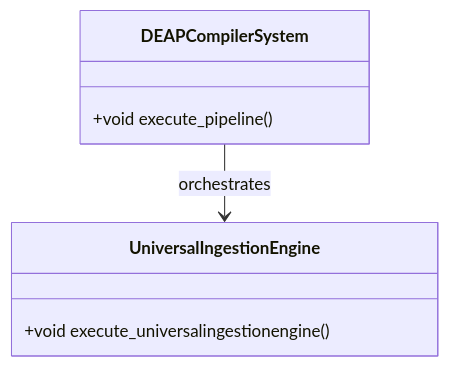
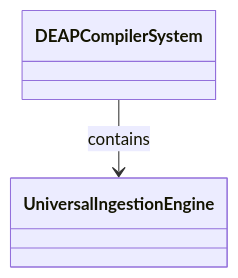
Before and after one commit to gintatkinson/dumpiler-01: the diagram in docs/features/FEAT-11-UniversalIngestionEngine.md, drawn with Mermaid. The commit also changed other lines of this file and 101 other files, not shown here.

````diff
--- a/docs/features/FEAT-11-UniversalIngestionEngine.md
+++ b/docs/features/FEAT-11-UniversalIngestionEngine.md
@@ -25,10 +29,6 @@
 ```mermaid
 classDiagram
-    class DEAPCompilerSystem {
-        +void execute_pipeline()
-    }
-    class UniversalIngestionEngine {
-        +void execute_universalingestionengine()
-    }
-    DEAPCompilerSystem --> UniversalIngestionEngine : orchestrates
+    class DEAPCompilerSystem
+    class UniversalIngestionEngine
+    DEAPCompilerSystem --> UniversalIngestionEngine : contains
 ```
````
